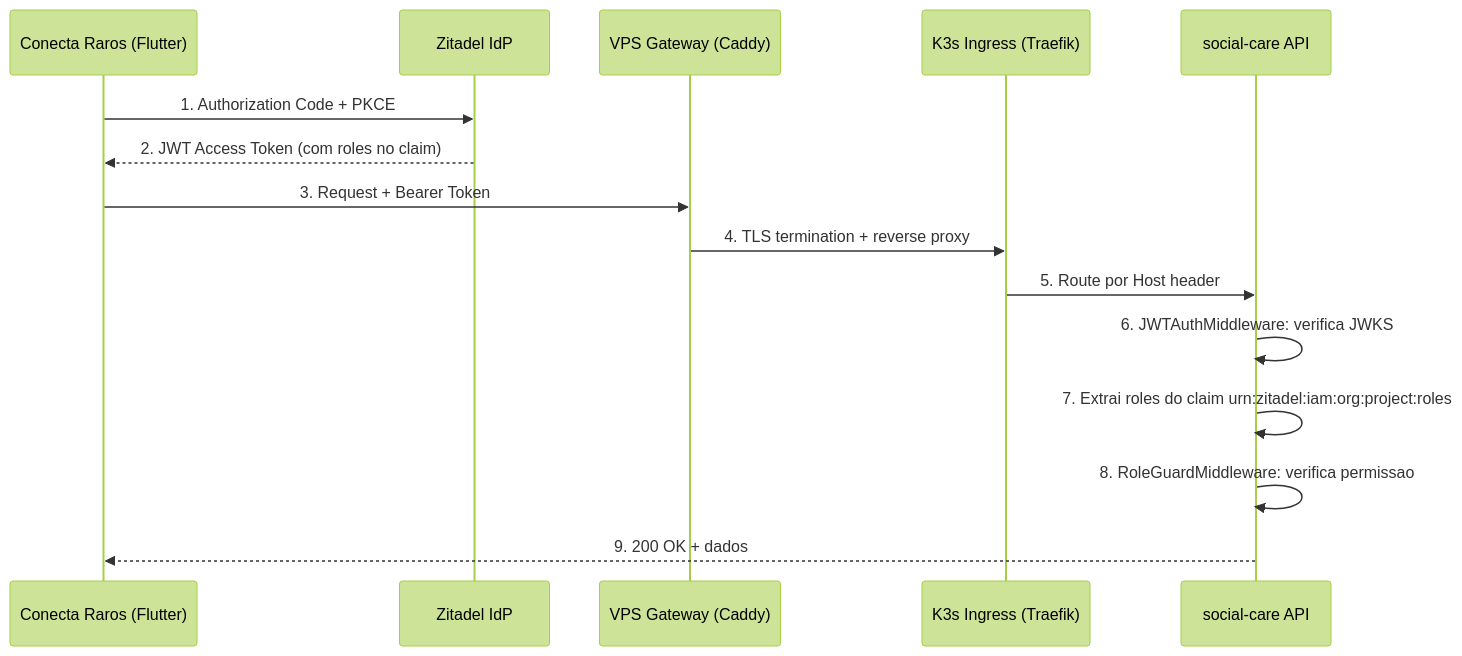
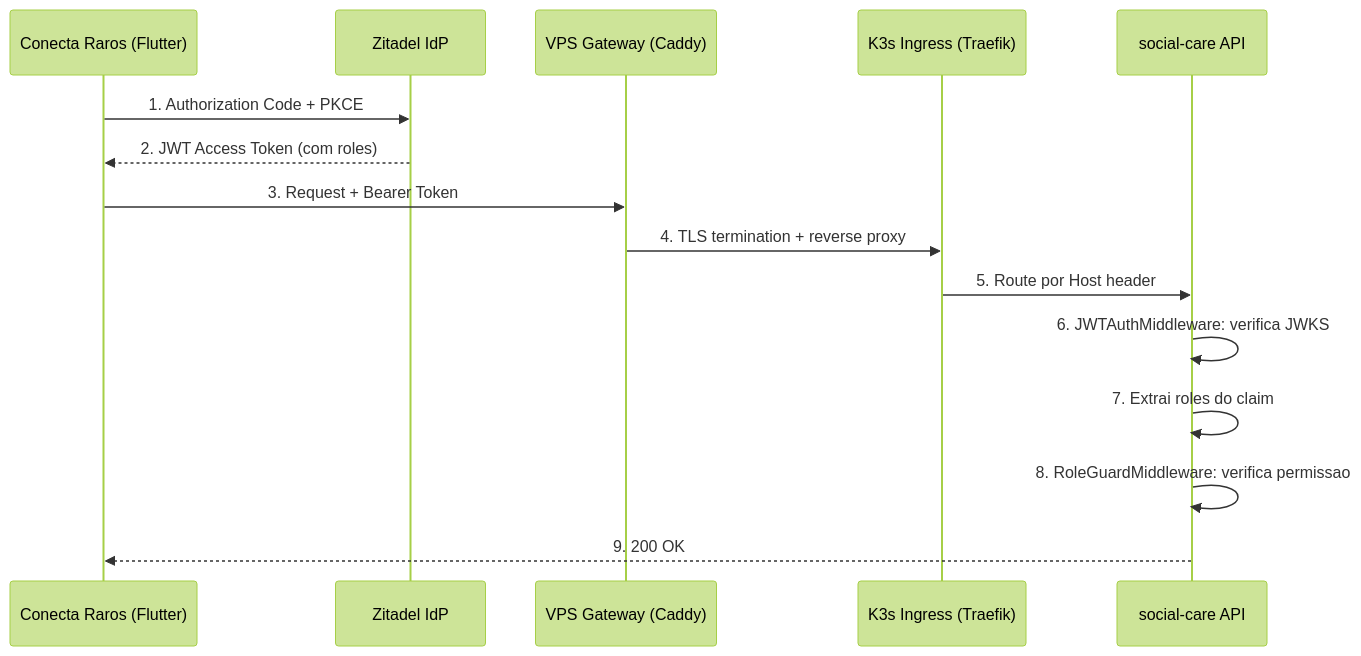
Before and after one commit to acdgbrasil/edge-cloud-infra: the first of 2 diagrams in docs/SECURITY.md, drawn with Mermaid (forest theme). The commit also changed other lines of this file and 9 other files, not shown here.

````diff
--- a/docs/SECURITY.md
+++ b/docs/SECURITY.md
@@ -141,18 +56,18 @@
 ```mermaid
 sequenceDiagram
     participant App as Conecta Raros (Flutter)
     participant Zitadel as Zitadel IdP
     participant Caddy as VPS Gateway (Caddy)
     participant Traefik as K3s Ingress (Traefik)
     participant API as social-care API
 
     App->>Zitadel: 1. Authorization Code + PKCE
-    Zitadel-->>App: 2. JWT Access Token (com roles no claim)
+    Zitadel-->>App: 2. JWT Access Token (com roles)
     App->>Caddy: 3. Request + Bearer Token
     Caddy->>Traefik: 4. TLS termination + reverse proxy
     Traefik->>API: 5. Route por Host header
     API->>API: 6. JWTAuthMiddleware: verifica JWKS
-    API->>API: 7. Extrai roles do claim urn:zitadel:iam:org:project:roles
+    API->>API: 7. Extrai roles do claim
     API->>API: 8. RoleGuardMiddleware: verifica permissao
-    API-->>App: 9. 200 OK + dados
+    API-->>App: 9. 200 OK
 ```
````
